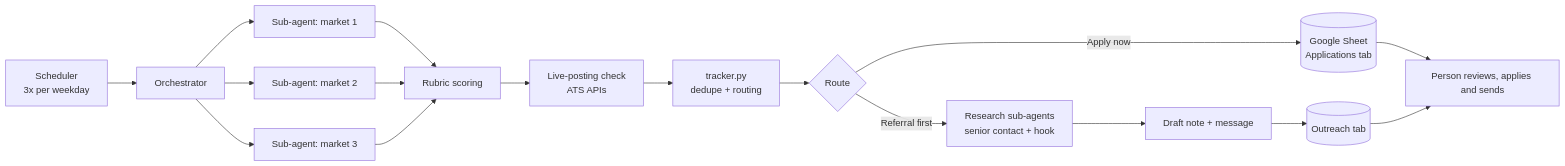
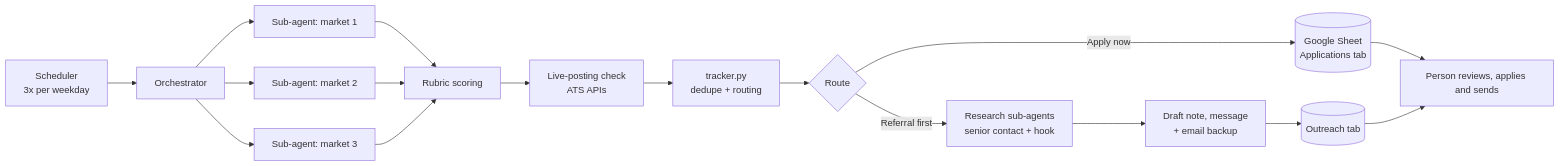
The diagram in README.md (mariyampangarkar19/trove), drawn with Mermaid before and after one commit. The commit also changed other lines of this file and 1 other file, not shown here.

Commit message:
Outreach: bold drafts, 3 note invites a week, email backup

````diff
--- a/README.md
+++ b/README.md
@@ -22,16 +22,16 @@
 ```mermaid
 flowchart LR
     T[Scheduler<br/>3x per weekday] --> O[Orchestrator]
     O --> A1[Sub-agent: market 1]
     O --> A2[Sub-agent: market 2]
     O --> A3[Sub-agent: market 3]
     A1 & A2 & A3 --> S[Rubric scoring]
     S --> V[Live-posting check<br/>ATS APIs]
     V --> TR[tracker.py<br/>dedupe + routing]
     TR --> R{Route}
     R -->|Apply now| GS[(Google Sheet<br/>Applications tab)]
     R -->|Referral first| RA[Research sub-agents<br/>senior contact + hook]
-    RA --> D[Draft note + message]
+    RA --> D[Draft note, message<br/>+ email backup]
     D --> OT[(Outreach tab)]
     GS & OT --> H[Person reviews, applies and sends]
 ```
````
